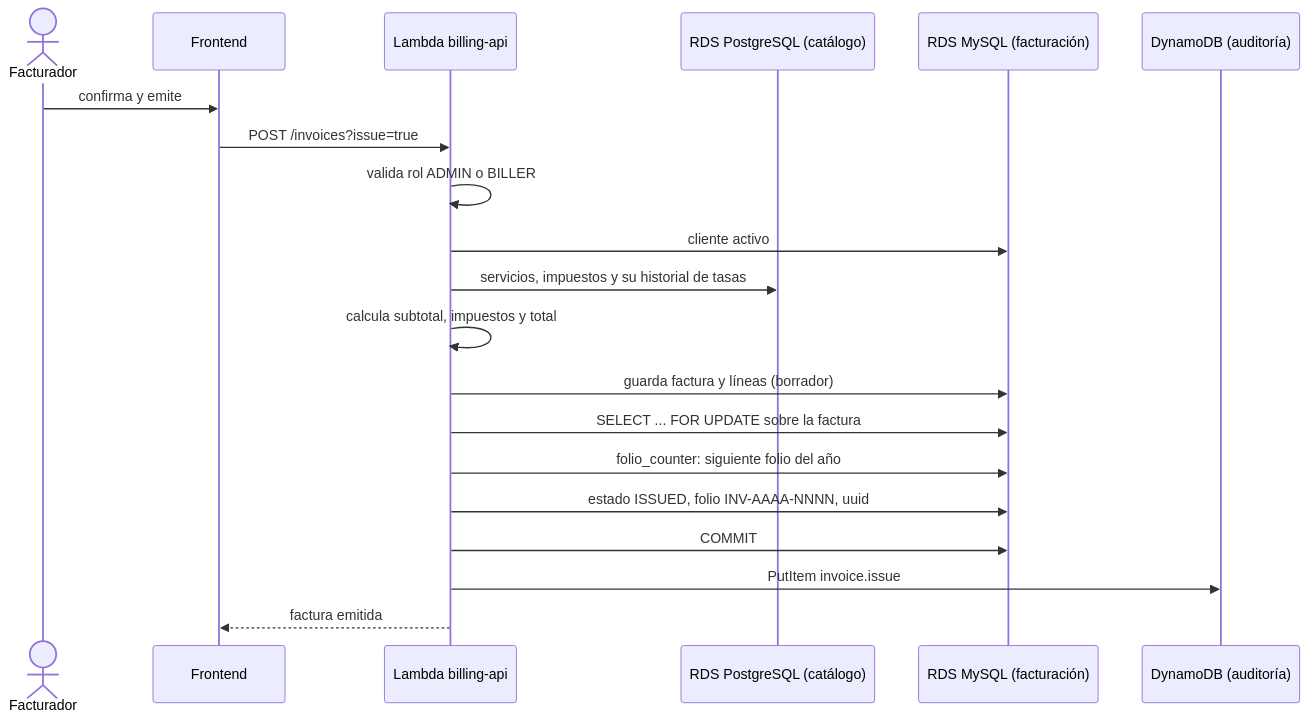
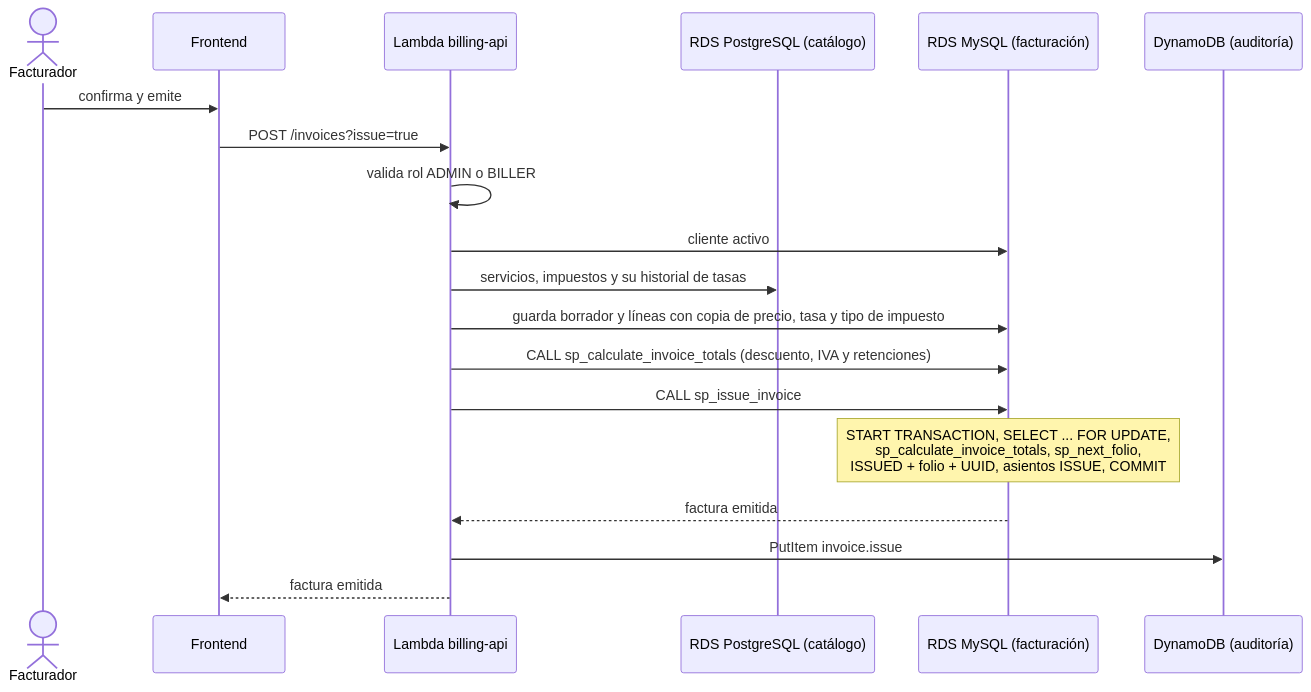
Before and after one commit to getsai18/optativateam: the third of 5 diagrams in docs/02-flujos-y-seguridad.md, drawn with Mermaid. The commit also changed other lines of this file and 16 other files, not shown here.

````diff
--- a/docs/02-flujos-y-seguridad.md
+++ b/docs/02-flujos-y-seguridad.md
@@ -60,23 +60,22 @@
 ```mermaid
 sequenceDiagram
     actor B as Facturador
     participant FE as Frontend
     participant API as Lambda billing-api
     participant PG as RDS PostgreSQL (catálogo)
     participant MY as RDS MySQL (facturación)
     participant DY as DynamoDB (auditoría)
 
     B->>FE: confirma y emite
     FE->>API: POST /invoices?issue=true
     API->>API: valida rol ADMIN o BILLER
     API->>MY: cliente activo
     API->>PG: servicios, impuestos y su historial de tasas
-    API->>API: calcula subtotal, impuestos y total
-    API->>MY: guarda factura y líneas (borrador)
-    API->>MY: SELECT ... FOR UPDATE sobre la factura
-    API->>MY: folio_counter: siguiente folio del año
-    API->>MY: estado ISSUED, folio INV-AAAA-NNNN, uuid
-    API->>MY: COMMIT
+    API->>MY: guarda borrador y líneas con copia de precio, tasa y tipo de impuesto
+    API->>MY: CALL sp_calculate_invoice_totals (descuento, IVA y retenciones)
+    API->>MY: CALL sp_issue_invoice
+    Note over MY: START TRANSACTION, SELECT ... FOR UPDATE,<br/>sp_calculate_invoice_totals, sp_next_folio,<br/>ISSUED + folio + UUID, asientos ISSUE, COMMIT
+    MY-->>API: factura emitida
     API->>DY: PutItem invoice.issue
     API-->>FE: factura emitida
 ```
````
